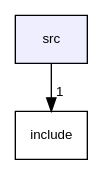
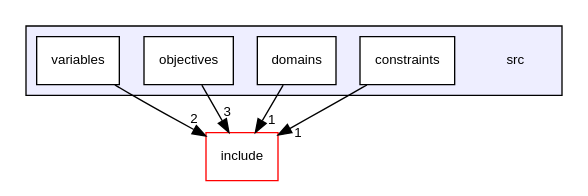
One commit to richoux/GHOST changed the diagram in dir_68267d1309a1af8e8297ef4c3efbcdba_dep.dot. Above: the diagram before and after it, drawn with Graphviz. The commit also changed 449 other files, not shown here.

```diff
--- a/dir_68267d1309a1af8e8297ef4c3efbcdba_dep.dot
+++ b/dir_68267d1309a1af8e8297ef4c3efbcdba_dep.dot
@@ -1,8 +1,18 @@
 digraph "src" {
   compound=true
   node [ fontsize="10", fontname="Helvetica"];
   edge [ labelfontsize="10", labelfontname="Helvetica"];
-  dir_68267d1309a1af8e8297ef4c3efbcdba [shape=box, label="src", style="filled", fillcolor="#eeeeff", pencolor="black", URL="dir_68267d1309a1af8e8297ef4c3efbcdba.html"];
-  dir_d44c64559bbebec7f509842c48db8b23 [shape=box label="include" URL="dir_d44c64559bbebec7f509842c48db8b23.html"];
-  dir_68267d1309a1af8e8297ef4c3efbcdba->dir_d44c64559bbebec7f509842c48db8b23 [headlabel="1", labeldistance=1.5 headhref="dir_000001_000000.html"];
+  subgraph clusterdir_68267d1309a1af8e8297ef4c3efbcdba {
+    graph [ bgcolor="#eeeeff", pencolor="black", label="" URL="dir_68267d1309a1af8e8297ef4c3efbcdba.html"];
+    dir_68267d1309a1af8e8297ef4c3efbcdba [shape=plaintext label="src"];
+    dir_af3783685badc1c88dedef1a43f7fad6 [shape=box label="constraints" color="black" fillcolor="white" style="filled" URL="dir_af3783685badc1c88dedef1a43f7fad6.html"];
+    dir_7aca4e07460d7af406ceabbc52525eea [shape=box label="domains" color="black" fillcolor="white" style="filled" URL="dir_7aca4e07460d7af406ceabbc52525eea.html"];
+    dir_a50644686fe314cdf7a2510e709e217f [shape=box label="objectives" color="black" fillcolor="white" style="filled" URL="dir_a50644686fe314cdf7a2510e709e217f.html"];
+    dir_d84d0334404ef8787ef09c406ac46296 [shape=box label="variables" color="black" fillcolor="white" style="filled" URL="dir_d84d0334404ef8787ef09c406ac46296.html"];
+  }
+  dir_d44c64559bbebec7f509842c48db8b23 [shape=box label="include" fillcolor="white" style="filled" color="red" URL="dir_d44c64559bbebec7f509842c48db8b23.html"];
+  dir_d84d0334404ef8787ef09c406ac46296->dir_d44c64559bbebec7f509842c48db8b23 [headlabel="2", labeldistance=1.5 headhref="dir_000010_000000.html"];
+  dir_af3783685badc1c88dedef1a43f7fad6->dir_d44c64559bbebec7f509842c48db8b23 [headlabel="1", labeldistance=1.5 headhref="dir_000007_000000.html"];
+  dir_a50644686fe314cdf7a2510e709e217f->dir_d44c64559bbebec7f509842c48db8b23 [headlabel="3", labeldistance=1.5 headhref="dir_000009_000000.html"];
+  dir_7aca4e07460d7af406ceabbc52525eea->dir_d44c64559bbebec7f509842c48db8b23 [headlabel="1", labeldistance=1.5 headhref="dir_000008_000000.html"];
 }
```
